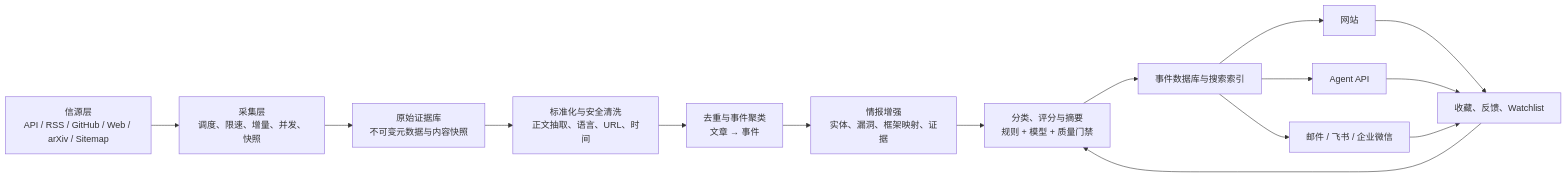
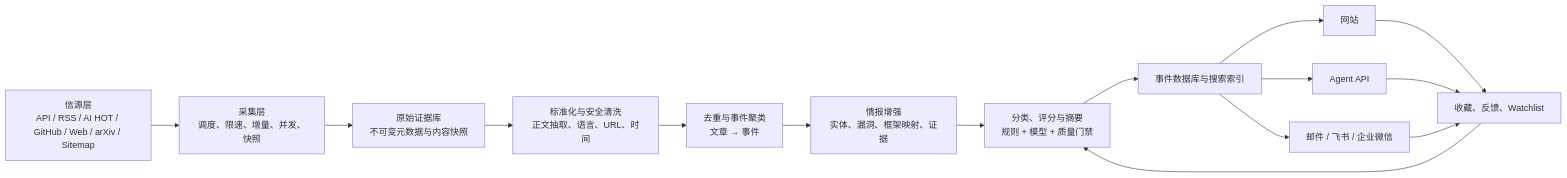
One commit to suntianq/AI_security_hot changed the diagram in docs/system-design.md. Above: the diagram before and after it, drawn with Mermaid. The commit also changed other lines of this file and 35 other files, not shown here.

````diff
--- a/docs/system-design.md
+++ b/docs/system-design.md
@@ -108,17 +108,17 @@
 ```mermaid
 flowchart LR
-    S["信源层<br/>API / RSS / GitHub / Web / arXiv / Sitemap"] --> C["采集层<br/>调度、限速、增量、并发、快照"]
+    S["信源层<br/>API / RSS / AI HOT / GitHub / Web / arXiv / Sitemap"] --> C["采集层<br/>调度、限速、增量、并发、快照"]
     C --> R["原始证据库<br/>不可变元数据与内容快照"]
     R --> N["标准化与安全清洗<br/>正文抽取、语言、URL、时间"]
     N --> D["去重与事件聚类<br/>文章 → 事件"]
     D --> E["情报增强<br/>实体、漏洞、框架映射、证据"]
     E --> Q["分类、评分与摘要<br/>规则 + 模型 + 质量门禁"]
     Q --> V["事件数据库与搜索索引"]
     V --> W["网站"]
     V --> A["Agent API"]
     V --> P["邮件 / 飞书 / 企业微信"]
     W --> F["收藏、反馈、Watchlist"]
     A --> F
     P --> F
     F --> Q
 ```
````
